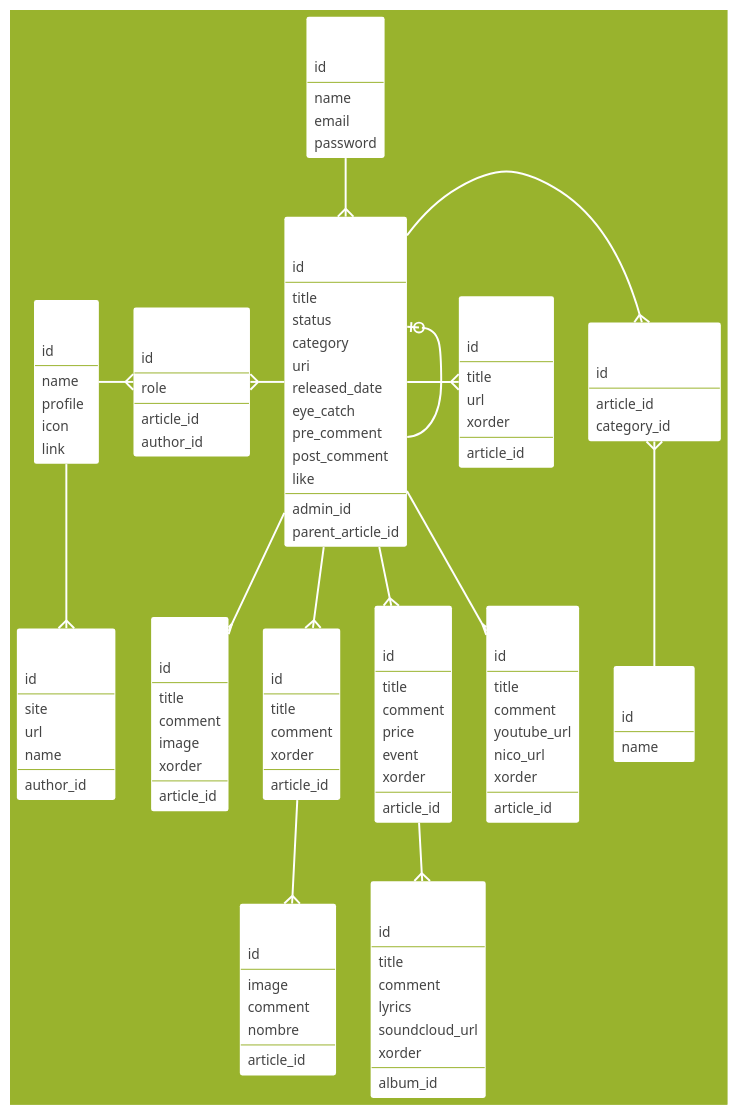
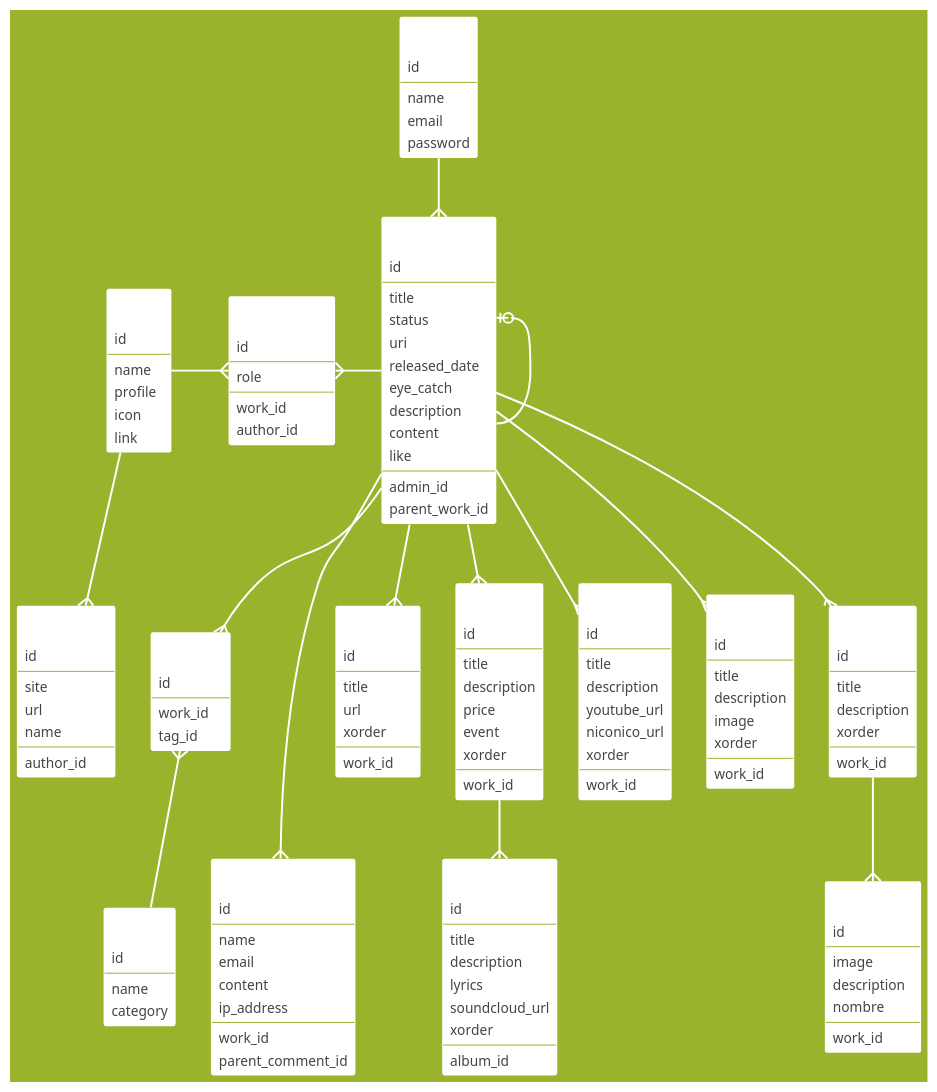
The diagram in documents/erd.puml (comorebi-notes/yorozuya), drawn with PlantUML before and after one commit. The commit also changed 1 other file, not shown here.

Commit message:
modify ERD

```diff
--- a/documents/erd.puml
+++ b/documents/erd.puml
@@ -1,182 +1,195 @@
 @startuml
 
 hide circle
 
 skinparam Shadowing false
 skinparam DefaultFontName "Ricty Diminished"
 skinparam DefaultFontSize 14
 skinparam DefaultFontStyle bold
 skinparam classFontSize 16
 skinparam classFontStyle bold
 skinparam ArrowColor white
 skinparam ArrowThickness 2
 skinparam Padding 2
 skinparam ClassBorderThickness 0
 
 skinparam DefaultFontColor #444
 skinparam BackgroundColor #99b32d
 skinparam ClassBorderColor #99b32d
 skinparam ClassHeaderBackgroundColor #c46
 skinparam ClassBackgroundColor #fff
 skinparam StereotypeCBackgroundColor #fff
 skinparam classFontColor #fff
 
 entity Admin {
   id
   --
   name
   email
   password
 }
 
-entity Article {
+entity Work {
   id
   --
   title
   status
-  category
   uri
   released_date
   eye_catch
-  pre_comment
-  post_comment
+  description
+  content
   like
   --
   admin_id
-  parent_article_id
+  parent_work_id
 }
 
-entity ArticleCategory {
-  id
-  --
-  article_id
-  category_id
-}
-
-entity Category {
+entity Tag {
   id
   --
   name
+  category
 }
 
-entity ArticleLink {
+entity WorkTag {
+  id
+  --
+  work_id
+  tag_id
+}
+
+entity Comment {
+  id
+  --
+  name
+  email
+  content
+  ip_address
+  --
+  work_id
+  parent_comment_id
+}
+
+entity WorkLink {
   id
   --
   title
   url
   xorder
   --
-  article_id
+  work_id
 }
 
 entity Album {
   id
   --
   title
-  comment
+  description
   price
   event
   xorder
   --
-  article_id
+  work_id
 }
 
 entity Music {
   id
   --
   title
-  comment
+  description
   lyrics
   soundcloud_url
   xorder
   --
   album_id
 }
 
 entity Movie {
   id
   --
   title
-  comment
+  description
   youtube_url
-  nico_url
+  niconico_url
   xorder
   --
-  article_id
+  work_id
 }
 
 entity Artwork {
   id
   --
   title
-  comment
+  description
   image
   xorder
   --
-  article_id
+  work_id
 }
 
 entity Comic {
   id
   --
   title
-  comment
+  description
   xorder
   --
-  article_id
+  work_id
 }
 
 entity ComicPage {
   id
   --
   image
-  comment
+  description
   nombre
   --
-  article_id
+  work_id
 }
 
-entity ArticleAuthor {
+entity WorkAuthor {
   id
   --
   role
   --
-  article_id
+  work_id
   author_id
 }
 
 entity Author {
   id
   --
   name
   profile
   icon
   link
 }
 
 entity AuthorLink {
   id
   --
   site
   url
   name
   --
   author_id
 }
 
-Admin --{ Article
-Article -{ ArticleCategory
-ArticleCategory }-- Category
-Article -{ ArticleLink
-Article --{ Album
+Admin --{ Work
+Work --{ WorkTag
+WorkTag }-- Tag
+Work ---{ Comment
+Work --{ WorkLink
+Work --{ Album
 Album --{ Music
-Article --{ Artwork
-Article --{ Movie
-Article --{ Comic
+Work --{ Artwork
+Work --{ Movie
+Work --{ Comic
 Comic --{ ComicPage
-Author -{ ArticleAuthor
-ArticleAuthor }- Article
+Author -{ WorkAuthor
+WorkAuthor }- Work
 Author --{ AuthorLink
-Article |o- Article
+Work |o- Work
 
 @enduml
```
